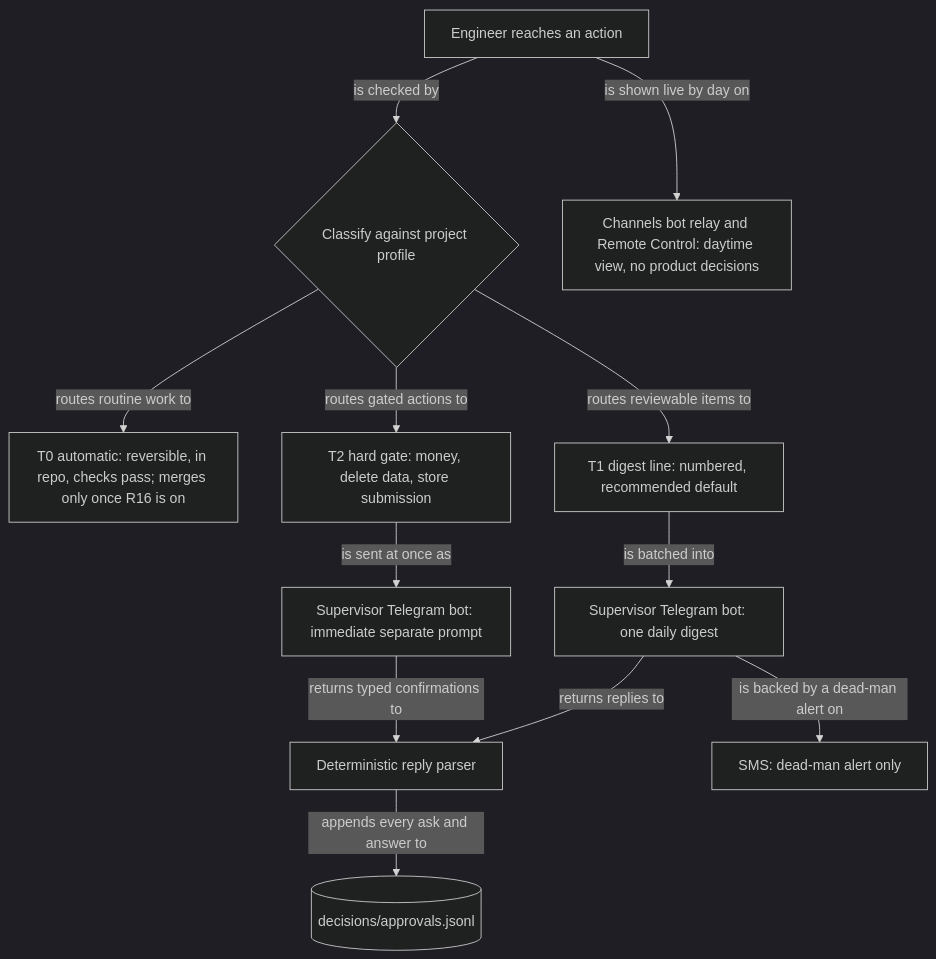
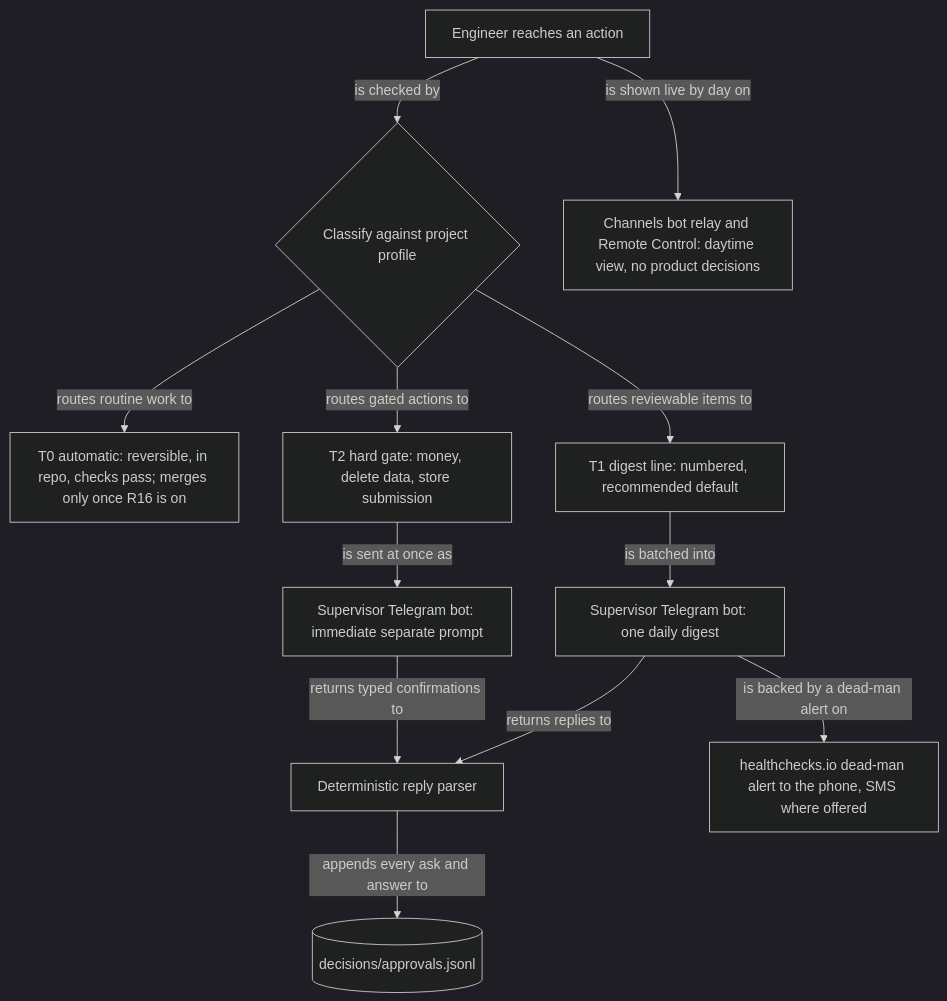
One commit to jcallahanp/Autonomy-Research changed the diagram in docs/diagrams/engineer-approvals.mmd. Above: the diagram before and after it, drawn with Mermaid (dark theme). The commit also changed 7 other files, not shown here.

```diff
--- a/docs/diagrams/engineer-approvals.mmd
+++ b/docs/diagrams/engineer-approvals.mmd
@@ -1,24 +1,24 @@
 flowchart TD
   act[Engineer reaches an action]
   classify{Classify against project profile}
   t0["T0 automatic: reversible, in repo, checks pass; merges only once R16 is on"]
   t1[T1 digest line: numbered, recommended default]
   t2[T2 hard gate: money, delete data, store submission]
   digest[Supervisor Telegram bot: one daily digest]
   prompt[Supervisor Telegram bot: immediate separate prompt]
   parser[Deterministic reply parser]
   log[(decisions/approvals.jsonl)]
   relay[Channels bot relay and Remote Control: daytime view, no product decisions]
-  sms[SMS: dead-man alert only]
+  sms[healthchecks.io dead-man alert to the phone, SMS where offered]
 
   act -- "is checked by" --> classify
   classify -- "routes routine work to" --> t0
   classify -- "routes reviewable items to" --> t1
   classify -- "routes gated actions to" --> t2
   t1 -- "is batched into" --> digest
   t2 -- "is sent at once as" --> prompt
   digest -- "returns replies to" --> parser
   prompt -- "returns typed confirmations to" --> parser
   parser -- "appends every ask and answer to" --> log
   act -- "is shown live by day on" --> relay
   digest -- "is backed by a dead-man alert on" --> sms
```
